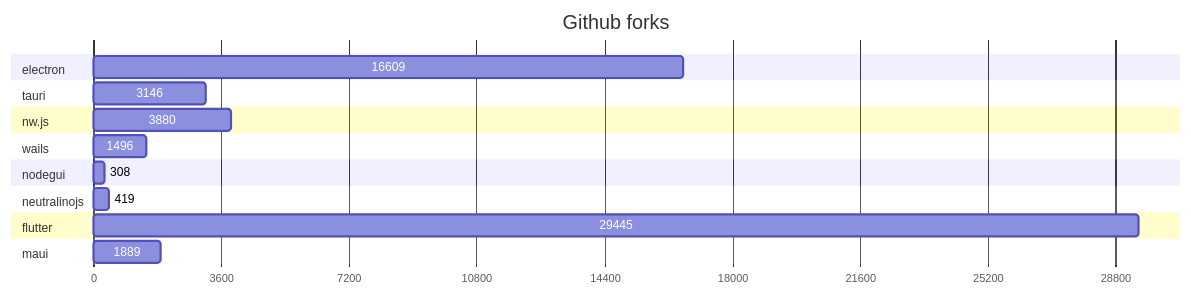
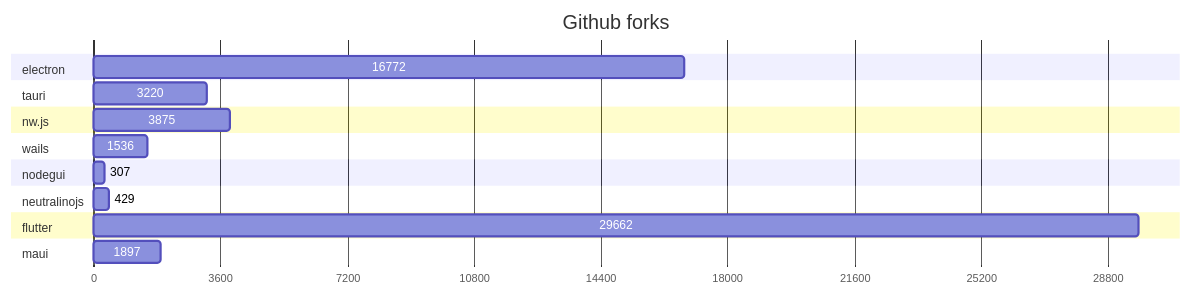
The second of 2 diagrams in GRAPHS.md (Elanis/web-to-desktop-framework-comparison), drawn with Mermaid before and after one commit. The commit also changed other lines of this file and 2 other files, not shown here.

Commit message:
Update stars & Fork

````diff
--- a/GRAPHS.md
+++ b/GRAPHS.md
@@ -47,40 +47,40 @@
 ```mermaid
 gantt
     title Github forks
     dateFormat  X
     axisFormat %s
 
 
 	section electron
-	16609 : 0, 16609
+	16772 : 0, 16772
 
 	
 	section tauri
-	3146 : 0, 3146
+	3220 : 0, 3220
 
 	
 	section nw.js
-	3880 : 0, 3880
+	3875 : 0, 3875
 
 	
 	section wails
-	1496 : 0, 1496
+	1536 : 0, 1536
 
 	
 	section nodegui
-	308 : 0, 308
+	307 : 0, 307
 
 	
 	section neutralinojs
-	419 : 0, 419
+	429 : 0, 429
 
 	
 	section flutter
-	29445 : 0, 29445
+	29662 : 0, 29662
 
 	
 	section maui
-	1889 : 0, 1889
+	1897 : 0, 1897
 
 	
 ```
````
